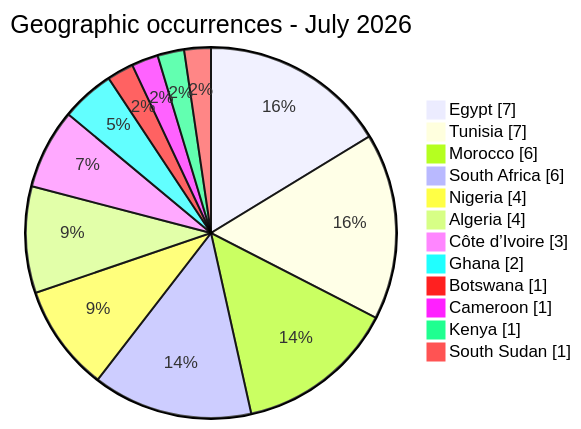
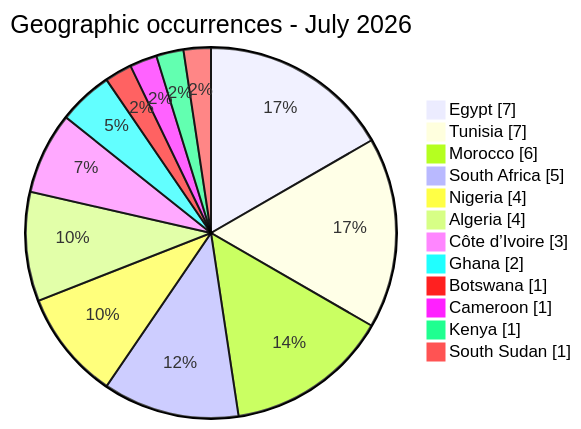
The diagram in CyberAttackAfrica/2026/07-july/README.md (Hatchepsoute/AFRINTEL), drawn with Mermaid before and after one commit. The commit also changed other lines of this file and 3 other files, not shown here.

````diff
--- a/CyberAttackAfrica/2026/07-july/README.md
+++ b/CyberAttackAfrica/2026/07-july/README.md
@@ -45,16 +45,16 @@
 ```mermaid
 pie showData
     title Geographic occurrences - July 2026
     "Egypt" : 7
     "Tunisia" : 7
     "Morocco" : 6
-    "South Africa" : 6
+    "South Africa" : 5
     "Nigeria" : 4
     "Algeria" : 4
     "Côte d’Ivoire" : 3
     "Ghana" : 2
     "Botswana" : 1
     "Cameroon" : 1
     "Kenya" : 1
     "South Sudan" : 1
 ```
````
